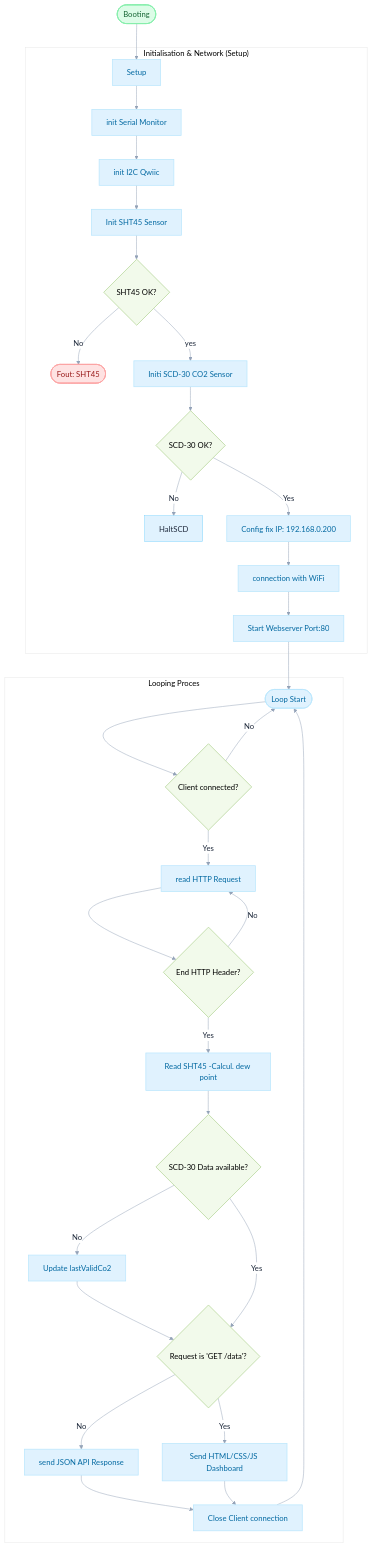
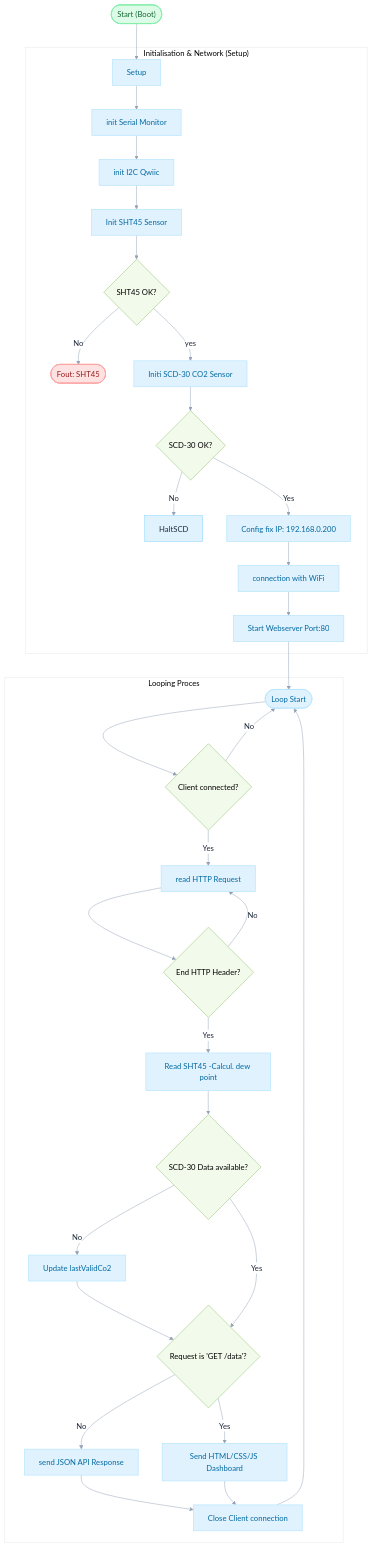
The diagram in flowchart/flowchart.md (georgehart/SHT45), drawn with Mermaid before and after one commit. The commit also changed 1 other file, not shown here.

Commit message:
set fetchData  to  5000 mSec

````diff
--- a/flowchart/flowchart.md
+++ b/flowchart/flowchart.md
@@ -4,57 +4,57 @@
 ```mermaid
 
 %%{init: {'theme': 'base', 'themeVariables': { 'background': '#ffffff', 'edgeLabelBackground': '#ffffff', 'primaryColor': '#e0f2fe', 'primaryTextColor': '#1e293b', 'primaryBorderColor': '#7dd3fc', 'lineColor': '#94a3b8', 'secondaryColor': '#f1f5f9', 'tertiaryColor': '#ffffff' }}}%%
 
 
 flowchart TD
-    Start([Booting]) --> Setup[Setup]
+    Start(["Start (Boot)"]) --> Setup[Setup]
     
     subgraph Setup_Phase ["Initialisation & Network (Setup)"]
         Setup --> InitSerial[init Serial Monitor]
         InitSerial --> InitI2C[init I2C Qwiic]
         InitI2C --> InitSHT[Init SHT45 Sensor]
         InitSHT --> CheckSHT{SHT45 OK?}
         CheckSHT -- No --> HaltSHT([Fout: SHT45])
         CheckSHT -- yes --> InitSCD[Initi SCD-30 CO2 Sensor]
         InitSCD --> CheckSCD{SCD-30 OK?}
         CheckSCD -- No --> HaltSCD
         CheckSCD -- Yes --> ConfigIP[Config fix IP: 192.168.0.200]
         ConfigIP --> ConnectWiFi[connection with WiFi]
         ConnectWiFi --> StartServer[Start Webserver Port:80]
     end
 
     StartServer --> Loop
 
     subgraph Loop_Phase ["Looping Proces"]
         Loop([Loop Start]) --> CheckClient{Client connected?}
         CheckClient -- No --> Loop
         CheckClient -- Yes --> ReadReq[read HTTP Request]
         
         ReadReq --> CheckEnd{End HTTP Header?}
         CheckEnd -- No --> ReadReq
         CheckEnd -- Yes --> ReadSensors[Read SHT45 -Calcul. dew point]
         
         ReadSensors --> CheckCO2{SCD-30 Data available?}
         CheckCO2 -- No --> UpdateCO2[Update lastValidCo2] --> CheckEndpoint
         CheckCO2 -- Yes --> CheckEndpoint{Request is 'GET /data'?}
         
         CheckEndpoint -- No --> SendJSON[send JSON API Response] --> CloseClient
         CheckEndpoint -- Yes --> SendHTML[Send HTML/CSS/JS Dashboard] --> CloseClient
         
         CloseClient[Close Client connection] --> Loop
     end
 
     %% Zachte pastelstijlen voor afdrukken
     classDef startNode fill:#dcfce7,stroke:#86efac,color:#166534,stroke-width:2px;
     classDef processNode fill:#e0f2fe,stroke:#bae6fd,color:#0369a1,stroke-width:1.5px;
     classDef decisionNode fill:#F2FAEB,stroke:#B3D496, color:#000000,stroke-width:1.5px;
     classDef errorNode fill:#fee2e2,stroke:#fca5a5,color:#991b1b,stroke-width:2px;
 
     class Start startNode;
     class Setup,InitSerial,InitI2C,InitSHT,InitSCD,ConfigIP,ConnectWiFi,StartServer,Loop,ReadReq,ReadSensors,UpdateCO2,SendJSON,SendHTML,CloseClient processNode;
     class CheckSHT,CheckSCD,CheckClient,CheckEnd,CheckCO2,CheckEndpoint decisionNode;
     class HaltSHT errorNode;
 
 
 
 ```
````
